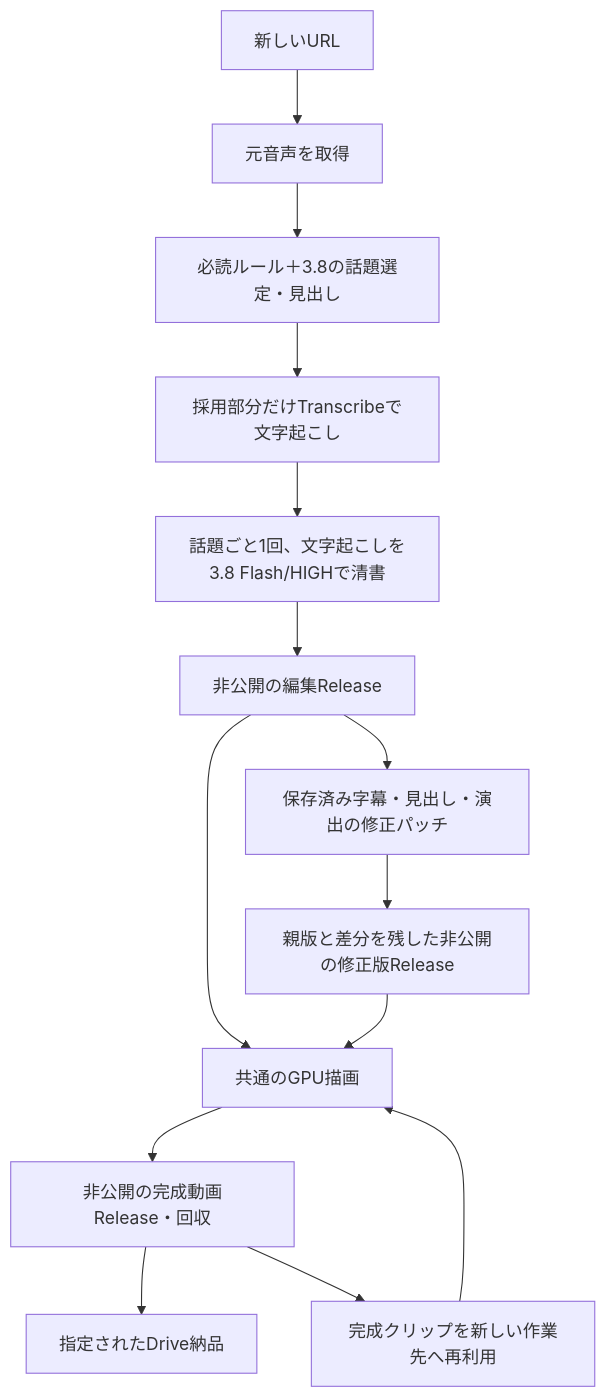
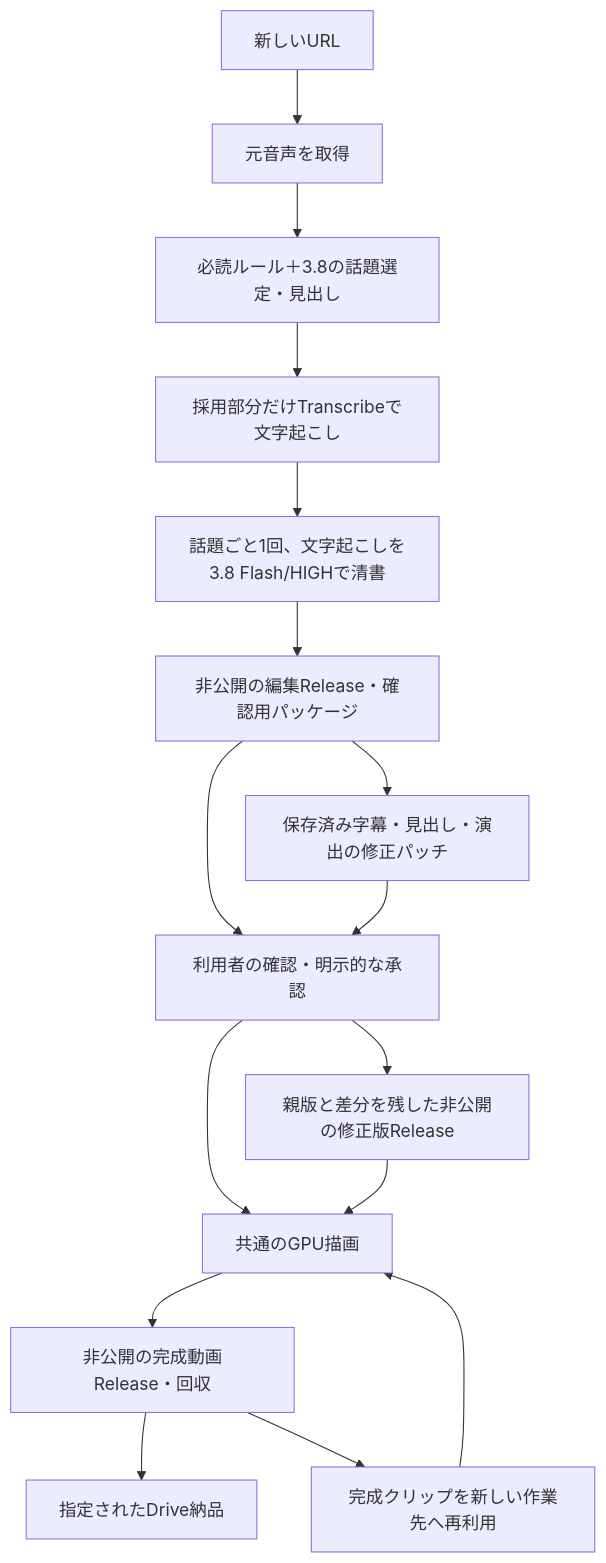
The diagram in docs/PRODUCTION_AND_REVISION.md (nyu1791-collab/ClipForge), drawn with Mermaid before and after one commit. The commit also changed other lines of this file and 8 other files, not shown here.

````diff
--- a/docs/PRODUCTION_AND_REVISION.md
+++ b/docs/PRODUCTION_AND_REVISION.md
@@ -11,16 +11,18 @@
 ```mermaid
 flowchart TD
   A[新しいURL] --> B[元音声を取得]
   B --> C[必読ルール＋3.8の話題選定・見出し]
   C --> X[採用部分だけTranscribeで文字起こし]
   X --> D[話題ごと1回、文字起こしを3.8 Flash/HIGHで清書]
-  D --> E[非公開の編集Release]
-  E --> F[共通のGPU描画]
+  D --> E[非公開の編集Release・確認用パッケージ]
+  E --> Q[利用者の確認・明示的な承認]
+  Q --> F[共通のGPU描画]
   F --> G[非公開の完成動画Release・回収]
   G --> H[指定されたDrive納品]
   E --> I[保存済み字幕・見出し・演出の修正パッチ]
-  I --> J[親版と差分を残した非公開の修正版Release]
+  I --> Q
+  Q --> J[親版と差分を残した非公開の修正版Release]
   J --> F
   G --> K[完成クリップを新しい作業先へ再利用]
   K --> F
 ```
````
